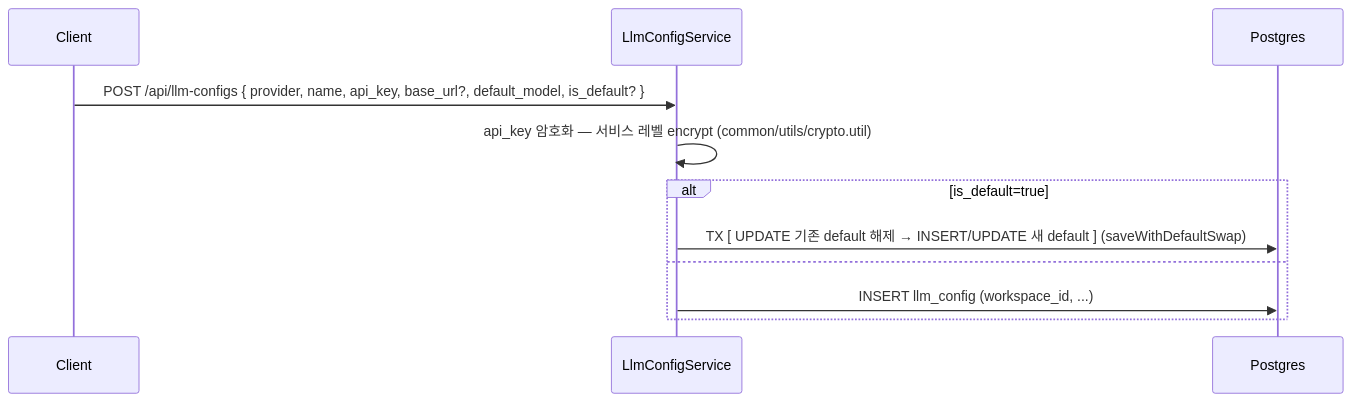
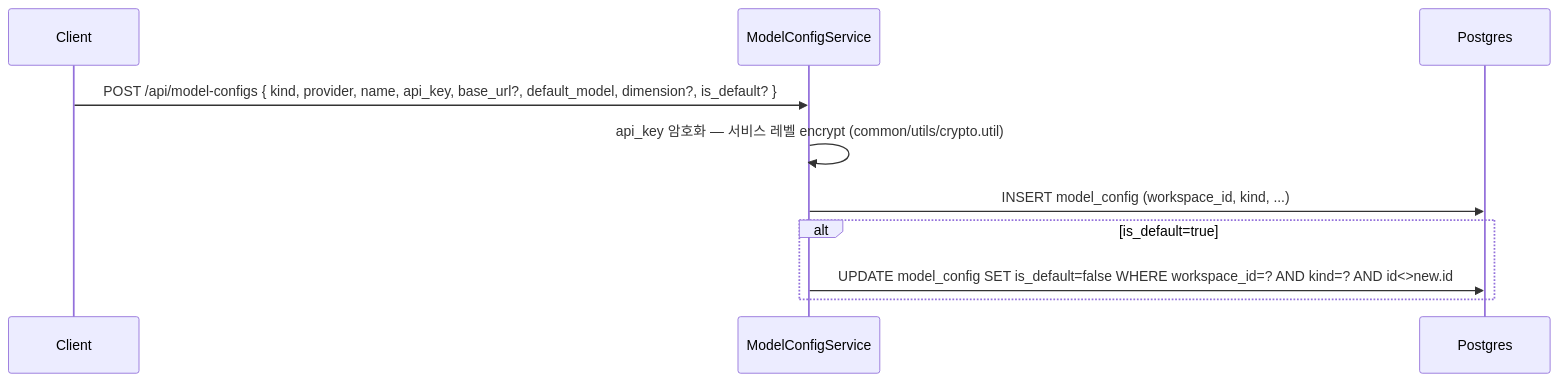
The first of 2 diagrams in spec/data-flow/7-llm-usage.md (worker-ants/clemvion), drawn with Mermaid before and after one commit. The commit also changed other lines of this file and 173 other files, not shown here.

````diff
--- a/spec/data-flow/7-llm-usage.md
+++ b/spec/data-flow/7-llm-usage.md
@@ -35,13 +35,12 @@
 ```mermaid
 sequenceDiagram
   participant C as Client
-  participant Svc as LlmConfigService
+  participant Svc as ModelConfigService
   participant PG as Postgres
-  C->>Svc: POST /api/llm-configs { provider, name, api_key, base_url?, default_model, is_default? }
+  C->>Svc: POST /api/model-configs { kind, provider, name, api_key, base_url?, default_model, dimension?, is_default? }
   Svc->>Svc: api_key 암호화 — 서비스 레벨 encrypt (common/utils/crypto.util)
+  Svc->>PG: INSERT model_config (workspace_id, kind, ...)
   alt is_default=true
-    Svc->>PG: TX [ UPDATE 기존 default 해제 → INSERT/UPDATE 새 default ] (saveWithDefaultSwap)
-  else
-    Svc->>PG: INSERT llm_config (workspace_id, ...)
+    Svc->>PG: UPDATE model_config SET is_default=false WHERE workspace_id=? AND kind=? AND id<>new.id
   end
 ```
````
